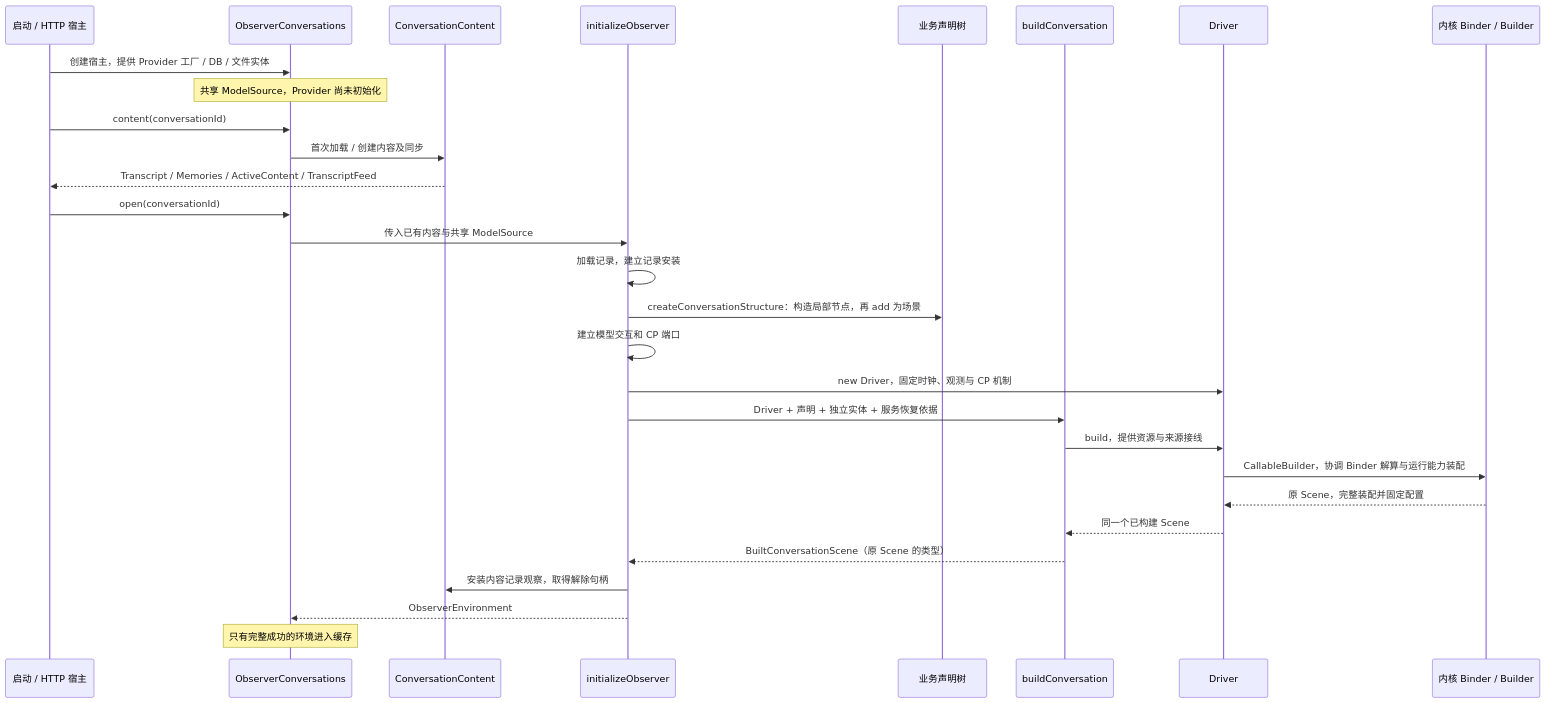
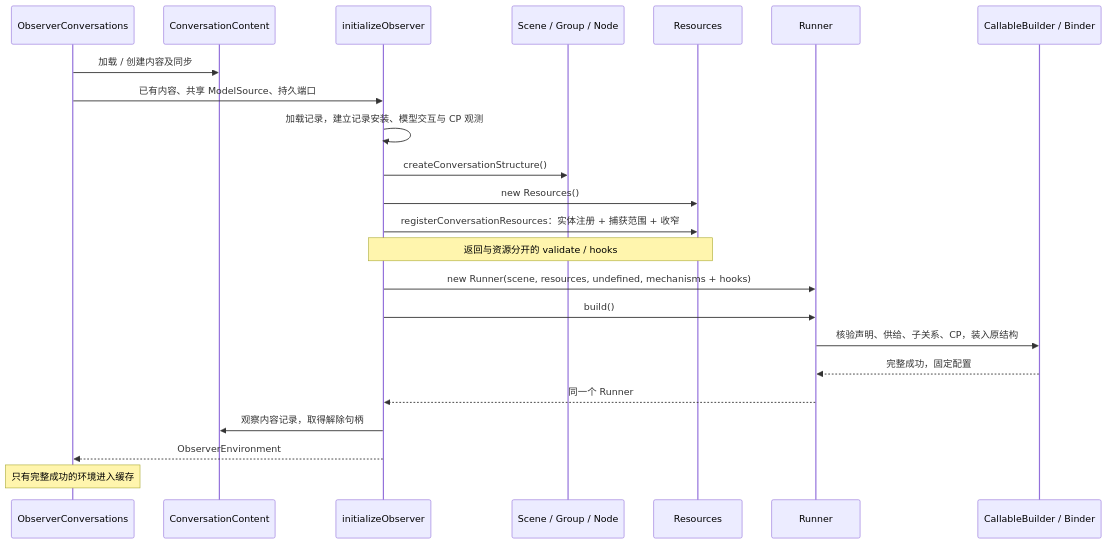
One commit to weiliang0121/capix changed the first of 2 diagrams in docs/service-assembly.md. Above: the diagram before and after it, drawn with Mermaid. The commit also changed other lines of this file and 97 other files, not shown here.

Commit message:
refactor: introduce Runner resources and migrate Observer execution

````diff
--- a/docs/service-assembly.md
+++ b/docs/service-assembly.md
@@ -22,31 +22,25 @@
 ```mermaid
 sequenceDiagram
-    participant App as 启动 / HTTP 宿主
     participant Host as ObserverConversations
     participant Content as ConversationContent
     participant Init as initializeObserver
-    participant Def as 业务声明树
-    participant Bind as buildConversation
-    participant Driver as Driver
-    participant Kernel as 内核 Binder / Builder
-    App->>Host: 创建宿主，提供 Provider 工厂 / DB / 文件实体
-    Note over Host: 共享 ModelSource，Provider 尚未初始化
-    App->>Host: content(conversationId)
-    Host->>Content: 首次加载 / 创建内容及同步
-    Content-->>App: Transcript / Memories / ActiveContent / TranscriptFeed
-    App->>Host: open(conversationId)
-    Host->>Init: 传入已有内容与共享 ModelSource
-    Init->>Init: 加载记录，建立记录安装
-    Init->>Def: createConversationStructure：构造局部节点，再 add 为场景
-    Init->>Init: 建立模型交互和 CP 端口
-    Init->>Driver: new Driver，固定时钟、观测与 CP 机制
-    Init->>Bind: Driver + 声明 + 独立实体 + 服务恢复依据
-    Bind->>Driver: build，提供资源与来源接线
-    Driver->>Kernel: CallableBuilder，协调 Binder 解算与运行能力装配
-    Kernel-->>Driver: 原 Scene，完整装配并固定配置
-    Driver-->>Bind: 同一个已构建 Scene
-    Bind-->>Init: BuiltConversationScene（原 Scene 的类型）
-    Init->>Content: 安装内容记录观察，取得解除句柄
+    participant Structure as Scene / Group / Node
+    participant Resources
+    participant Runner
+    participant Kernel as CallableBuilder / Binder
+    Host->>Content: 加载 / 创建内容及同步
+    Host->>Init: 已有内容、共享 ModelSource、持久端口
+    Init->>Init: 加载记录，建立记录安装、模型交互与 CP 观测
+    Init->>Structure: createConversationStructure()
+    Init->>Resources: new Resources()
+    Init->>Resources: registerConversationResources：实体注册 + 捕获范围 + 收窄
+    Note over Init,Resources: 返回与资源分开的 validate / hooks
+    Init->>Runner: new Runner(scene, resources, undefined, mechanisms + hooks)
+    Init->>Runner: build()
+    Runner->>Kernel: 核验声明、供给、子关系、CP，装入原结构
+    Kernel-->>Runner: 完整成功，固定配置
+    Runner-->>Init: 同一个 Runner
+    Init->>Content: 观察内容记录，取得解除句柄
     Init-->>Host: ObserverEnvironment
     Note over Host: 只有完整成功的环境进入缓存
 ```
````
